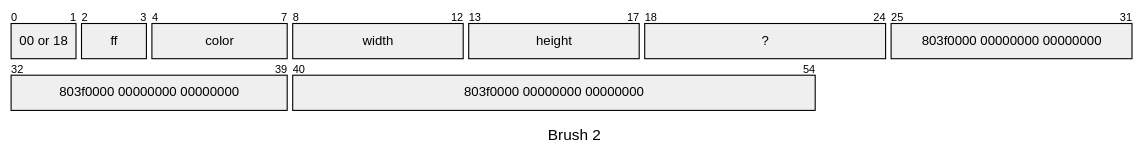
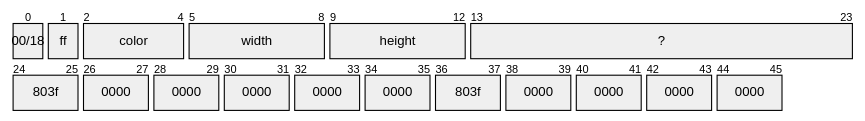
The fourth of 9 diagrams in README.md (AquaBx/msink-reader), drawn with Mermaid before and after one commit. The commit also changed other lines of this file, not shown here.

````diff
--- a/README.md
+++ b/README.md
@@ -28,14 +38,26 @@
 ```mermaid
+%%{init: { "packet": { "bitsPerRow": 24 } }}%%
 ---
 title: "Brush 2"
 ---
 packet
-0-1: "00 or 18"
-2-3: "ff"
-4-7: "color"
-8-12: "width"
-13-17: "height"
-18-24: "?"
-25-39: "803f0000 00000000 00000000"
-40-54: "803f0000 00000000 00000000"
++1: "00/18"
++1: "ff"
++3: "color"
++4: "width"
++4: "height"
++11: "?"
+
++2: "803f"
++2: "0000"
++2: "0000"
++2: "0000"
++2: "0000"
++2: "0000"
+
++2: "803f"
++2: "0000"
++2: "0000"
++2: "0000"
++2: "0000"
 ```
````
